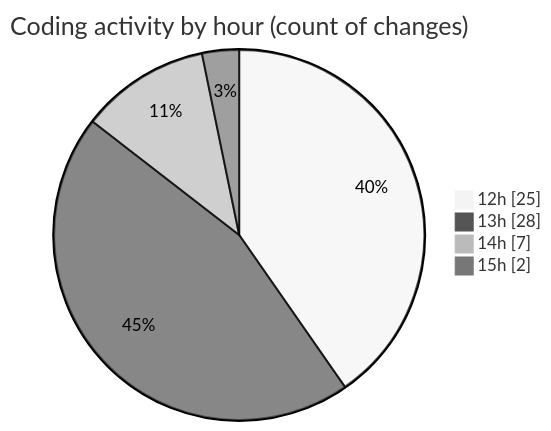
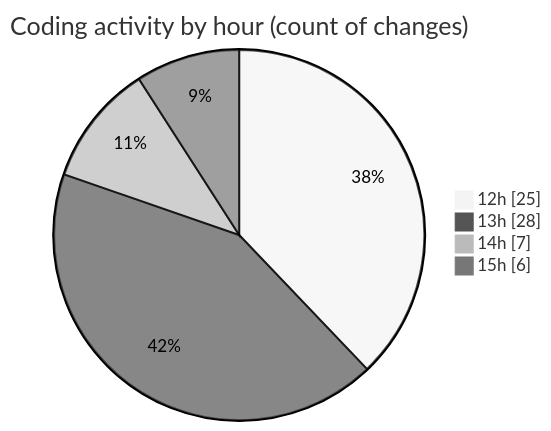
One commit to momahboobian/code-tracking changed the second of 2 diagrams in 2025-08-15/cda/README.md. Above: the diagram before and after it, drawn with Mermaid (neutral theme). The commit also changed other lines of this file and 1 other file, not shown here.

````diff
--- a/2025-08-15/cda/README.md
+++ b/2025-08-15/cda/README.md
@@ -42,8 +42,8 @@
 ```mermaid
 pie showData
 title Coding activity by hour (count of changes)
 "12h" : 25
 "13h" : 28
 "14h" : 7
-"15h" : 2
+"15h" : 6
 ```
````
